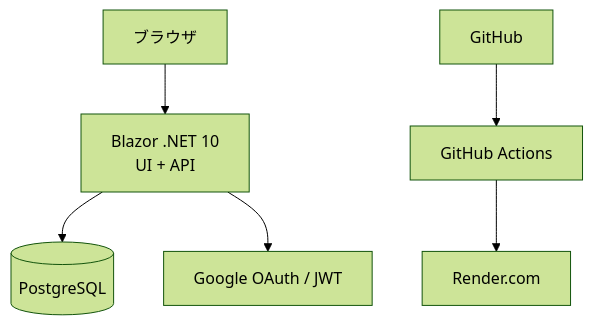
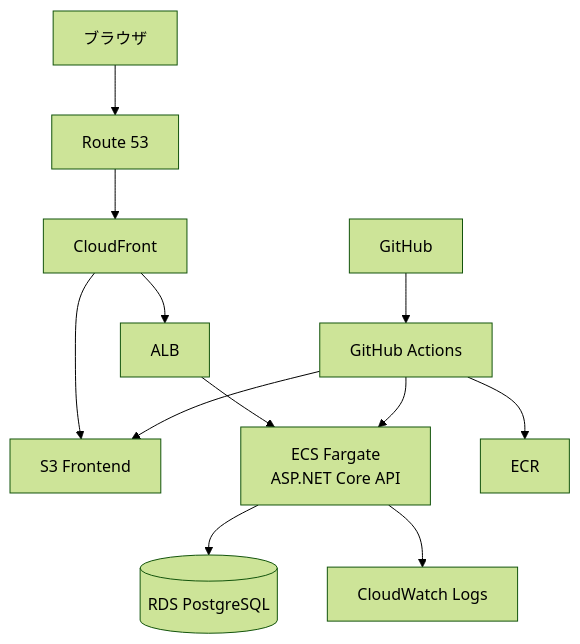
The first of 2 diagrams in docs/20_design/01_architecture/01_system_architecture.md (x29general/PlasticModelApp.Public), drawn with Mermaid (forest theme) before and after one commit. The commit also changed other lines of this file and 2 other files, not shown here.

````diff
--- a/docs/20_design/01_architecture/01_system_architecture.md
+++ b/docs/20_design/01_architecture/01_system_architecture.md
@@ -12,16 +49,27 @@
 ```mermaid
 graph TD
     Client[ブラウザ]
-    App[Blazor .NET 10<br/>UI + API]
-    DB[(PostgreSQL)]
-    Auth[Google OAuth / JWT]
+    Route53[Route 53]
+    CloudFront[CloudFront]
+    S3[S3 Frontend]
+    ALB[ALB]
+    App[ECS Fargate<br/>ASP.NET Core API]
+    DB[(RDS PostgreSQL)]
+    Logs[CloudWatch Logs]
     GitHub[GitHub]
     Actions[GitHub Actions]
-    Render[Render.com]
+    ECR[ECR]
 
-    Client --> App
+    Client --> Route53
+    Route53 --> CloudFront
+    CloudFront --> S3
+    CloudFront --> ALB
+    ALB --> App
     App --> DB
-    App --> Auth
+    App --> Logs
+
     GitHub --> Actions
-    Actions --> Render
+    Actions --> ECR
+    Actions --> App
+    Actions --> S3
 ```
````
